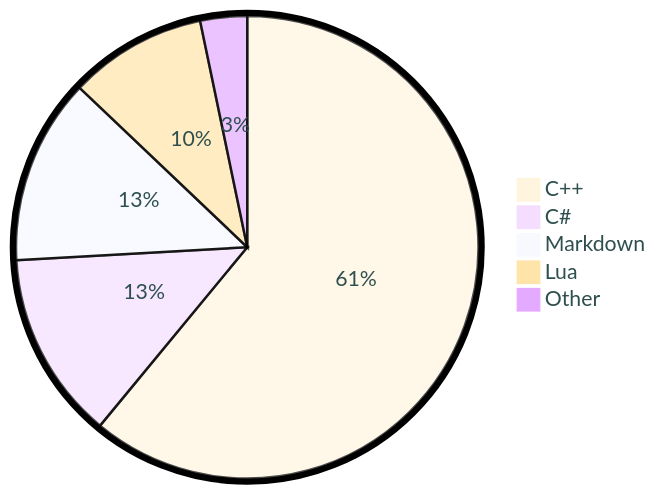
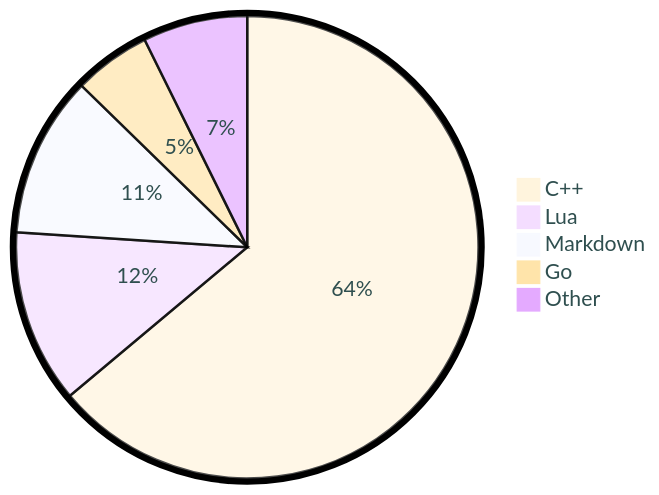
Before and after one commit to tot0p/tot0p: the diagram in README.md, drawn with Mermaid. The commit also changed other lines of this file, not shown here.

````diff
--- a/README.md
+++ b/README.md
@@ -73,9 +77,9 @@
 ```mermaid
 %%{init: {"pie": {"textPosition": 0.5}, "themeVariables": {"pieOuterStrokeWidth": "5px","primaryTextColor" : "#2F4F4F"},"theme":"base"} }%%
 pie
-	"C++": 60.98
-	"C#": 13.13
-	"Markdown": 12.99
-	"Lua": 9.63
-	"Other": 3.2699999999999996
+	"C++": 63.91
+	"Lua": 12.13
+	"Markdown": 11.27
+	"Go": 5.39
+	"Other": 7.31
 ```
````
